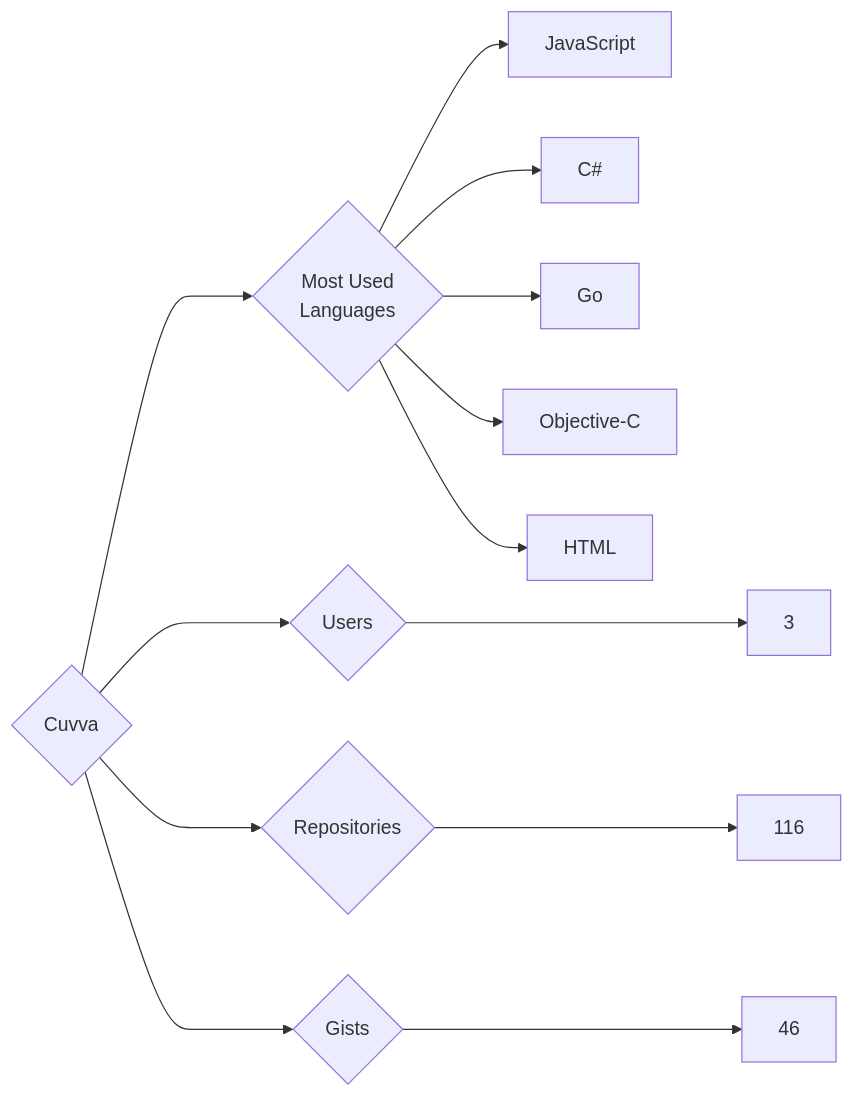
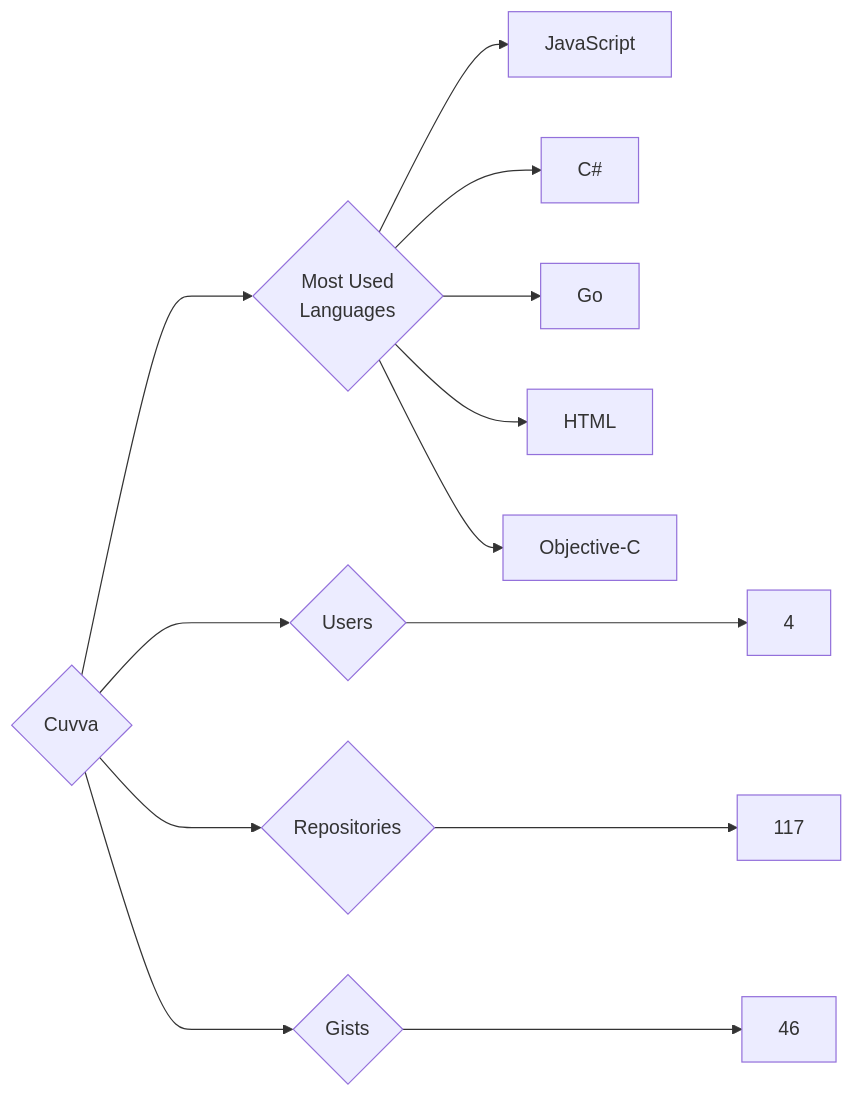
One commit to trickest/insiders changed the diagram in targets/Cuvva/README.md. Above: the diagram before and after it, drawn with Mermaid. The commit also changed 629 other files, not shown here.

````diff
--- a/targets/Cuvva/README.md
+++ b/targets/Cuvva/README.md
@@ -3,13 +3,13 @@
 ```mermaid
 graph LR
 COMPANY_NAME{Cuvva}
-COMPANY_NAME ---> U{Users} ---> UN[3]
-COMPANY_NAME ---> R{Repositories} ---> RN[116]
+COMPANY_NAME ---> U{Users} ---> UN[4]
+COMPANY_NAME ---> R{Repositories} ---> RN[117]
 COMPANY_NAME ---> G{Gists} ---> GN[46]
 COMPANY_NAME ---> ML{Most Used<br>Languages}
 ML --> JavaScript[JavaScript]
 ML --> C#[C#]
 ML --> Go[Go]
+ML --> HTML[HTML]
 ML --> Objective-C[Objective-C]
-ML --> HTML[HTML]
 ```
````
